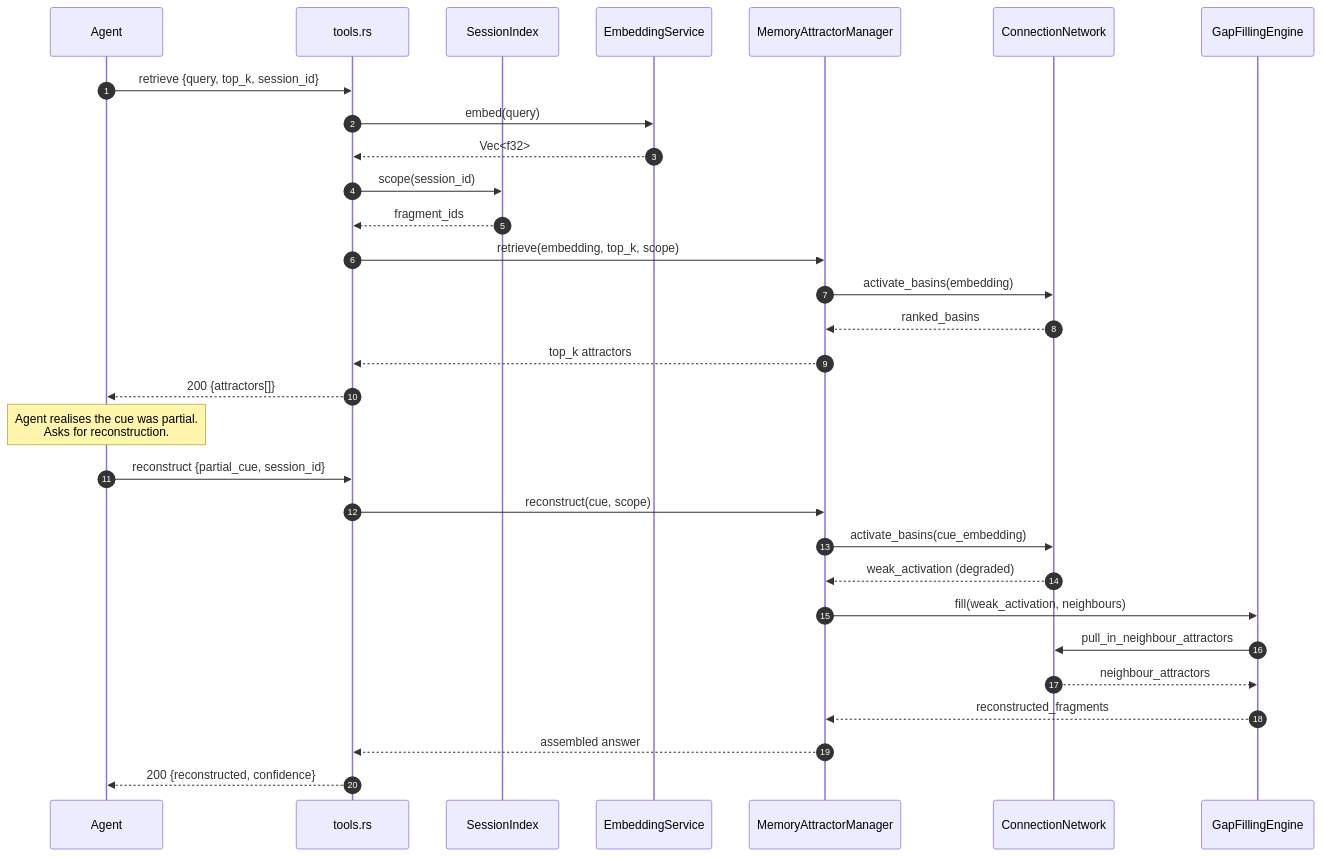
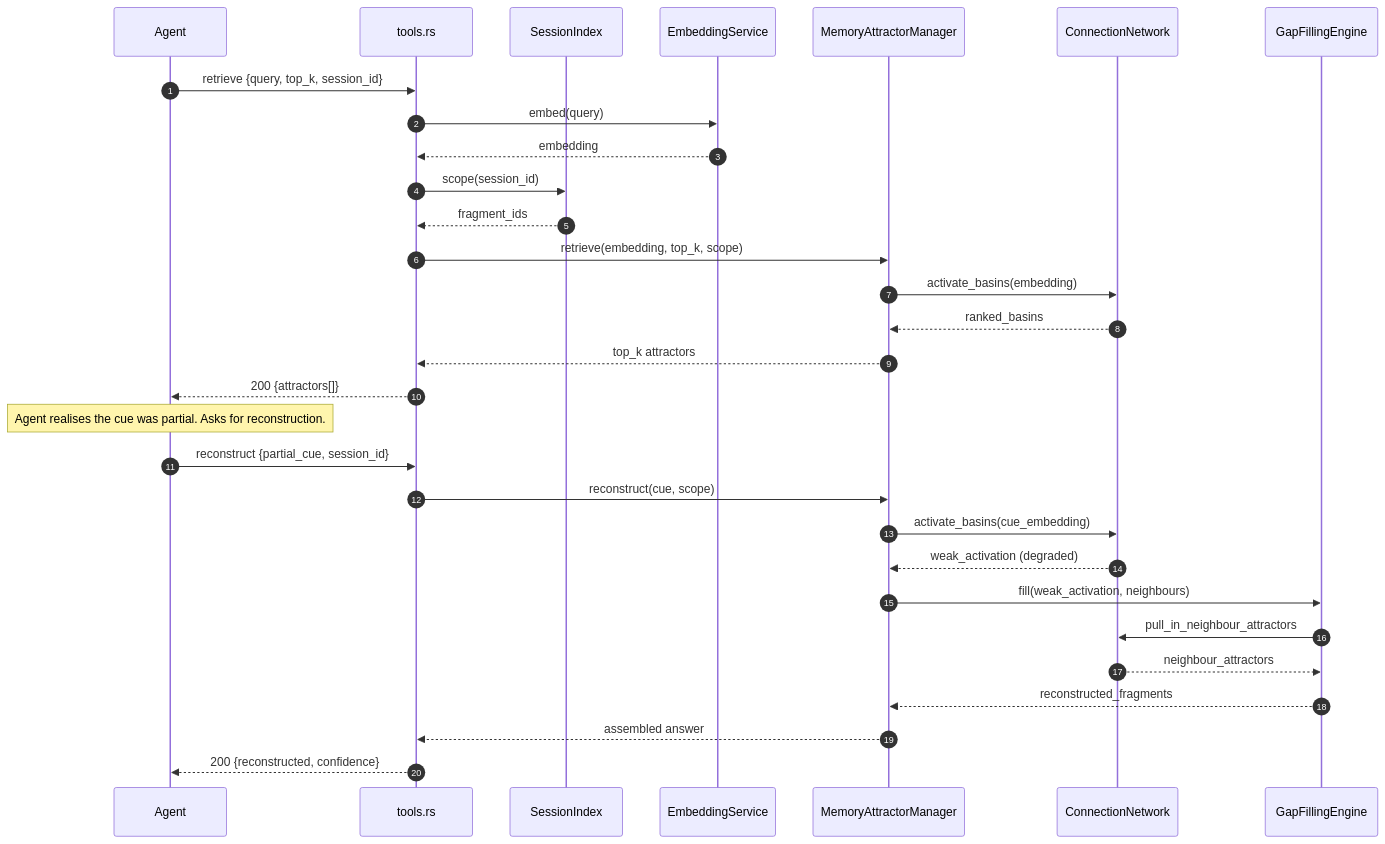
Before and after one commit to SourceShift/ContextNest: the third of 5 diagrams in docs/architecture.md, drawn with Mermaid. The commit also changed other lines of this file, not shown here.

First line of the commit message:
fix(docs): drop <br/> from sequence diagram Notes (mermaid syntax error)

````diff
--- a/docs/architecture.md
+++ b/docs/architecture.md
@@ -131,35 +131,35 @@
 ```mermaid
 sequenceDiagram
     autonumber
     participant Client as Agent
     participant API as tools.rs
     participant Session as SessionIndex
     participant Embed as EmbeddingService
     participant MAM as MemoryAttractorManager
     participant Net as ConnectionNetwork
     participant GapFill as GapFillingEngine
 
     Client->>API: retrieve {query, top_k, session_id}
     API->>Embed: embed(query)
-    Embed-->>API: Vec<f32>
+    Embed-->>API: embedding
     API->>Session: scope(session_id)
     Session-->>API: fragment_ids
     API->>MAM: retrieve(embedding, top_k, scope)
     MAM->>Net: activate_basins(embedding)
     Net-->>MAM: ranked_basins
     MAM-->>API: top_k attractors
     API-->>Client: 200 {attractors[]}
 
-    Note over Client: Agent realises the cue was partial.<br/>Asks for reconstruction.
+    Note over Client: Agent realises the cue was partial. Asks for reconstruction.
 
     Client->>API: reconstruct {partial_cue, session_id}
     API->>MAM: reconstruct(cue, scope)
     MAM->>Net: activate_basins(cue_embedding)
     Net-->>MAM: weak_activation (degraded)
     MAM->>GapFill: fill(weak_activation, neighbours)
     GapFill->>Net: pull_in_neighbour_attractors
     Net-->>GapFill: neighbour_attractors
     GapFill-->>MAM: reconstructed_fragments
     MAM-->>API: assembled answer
     API-->>Client: 200 {reconstructed, confidence}
 ```
````
